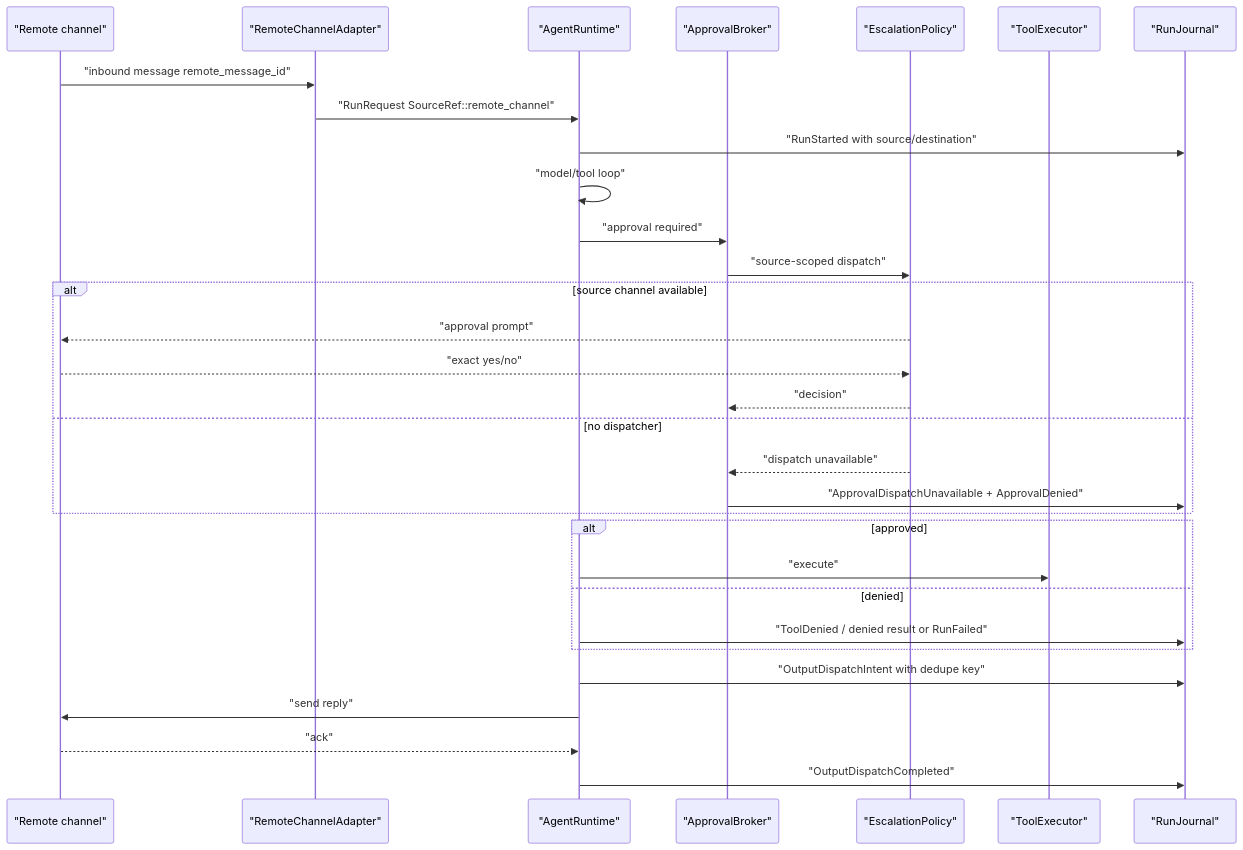
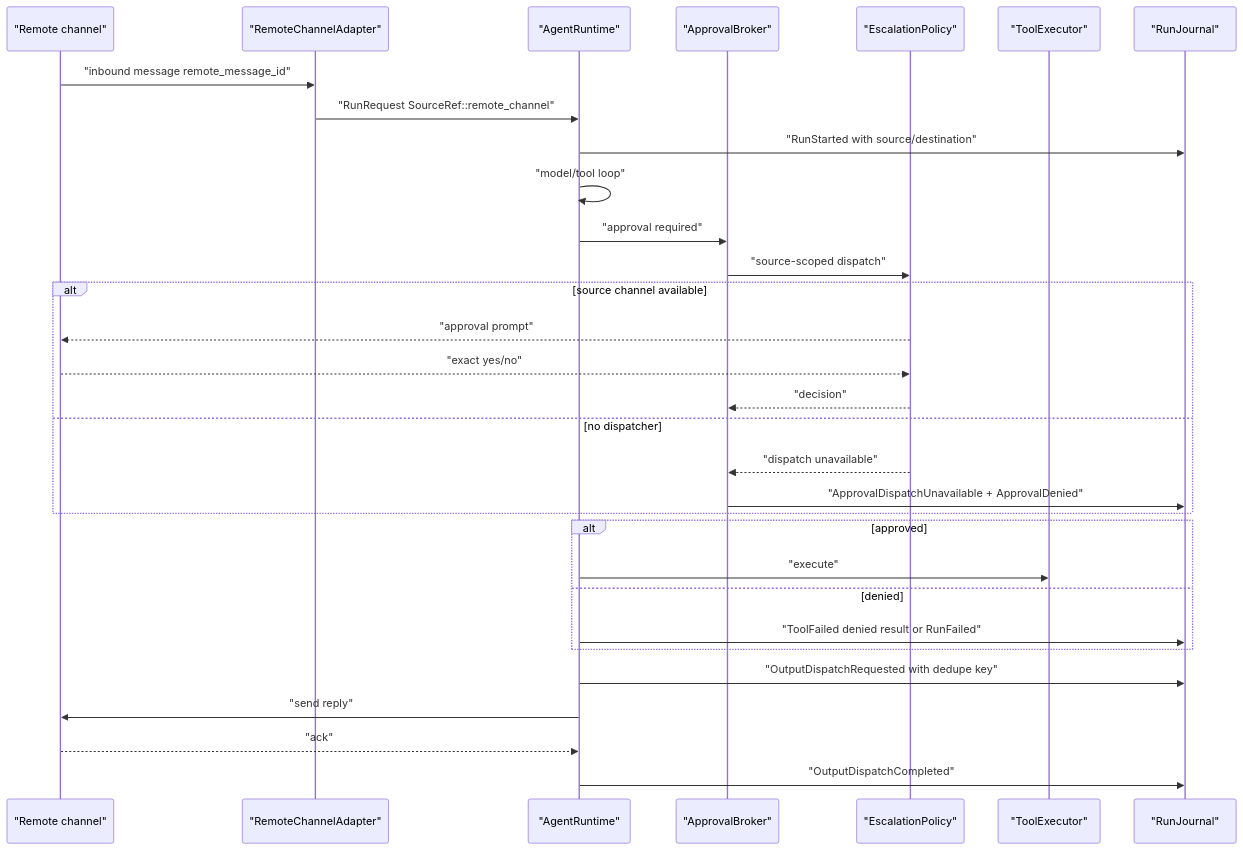
One commit to heyclawdia/clawdia_sdk changed the diagram in docs/examples/remote-headless-approval.md. Above: the diagram before and after it, drawn with Mermaid. The commit also changed other lines of this file and 14 other files, not shown here.

````diff
--- a/docs/examples/remote-headless-approval.md
+++ b/docs/examples/remote-headless-approval.md
@@ -7,34 +7,34 @@
 ```mermaid
 sequenceDiagram
   participant Remote as "Remote channel"
   participant Host as "RemoteChannelAdapter"
   participant Runtime as "AgentRuntime"
   participant Broker as "ApprovalBroker"
   participant Esc as "EscalationPolicy"
   participant Tool as "ToolExecutor"
   participant Journal as "RunJournal"
 
   Remote->>Host: "inbound message remote_message_id"
   Host->>Runtime: "RunRequest SourceRef::remote_channel"
   Runtime->>Journal: "RunStarted with source/destination"
   Runtime->>Runtime: "model/tool loop"
   Runtime->>Broker: "approval required"
   Broker->>Esc: "source-scoped dispatch"
   alt source channel available
     Esc-->>Remote: "approval prompt"
     Remote-->>Esc: "exact yes/no"
     Esc-->>Broker: "decision"
   else no dispatcher
     Esc-->>Broker: "dispatch unavailable"
     Broker->>Journal: "ApprovalDispatchUnavailable + ApprovalDenied"
   end
   alt approved
     Runtime->>Tool: "execute"
   else denied
-    Runtime->>Journal: "ToolDenied / denied result or RunFailed"
+    Runtime->>Journal: "ToolFailed denied result or RunFailed"
   end
-  Runtime->>Journal: "OutputDispatchIntent with dedupe key"
+  Runtime->>Journal: "OutputDispatchRequested with dedupe key"
   Runtime->>Remote: "send reply"
   Remote-->>Runtime: "ack"
   Runtime->>Journal: "OutputDispatchCompleted"
 ```
````
